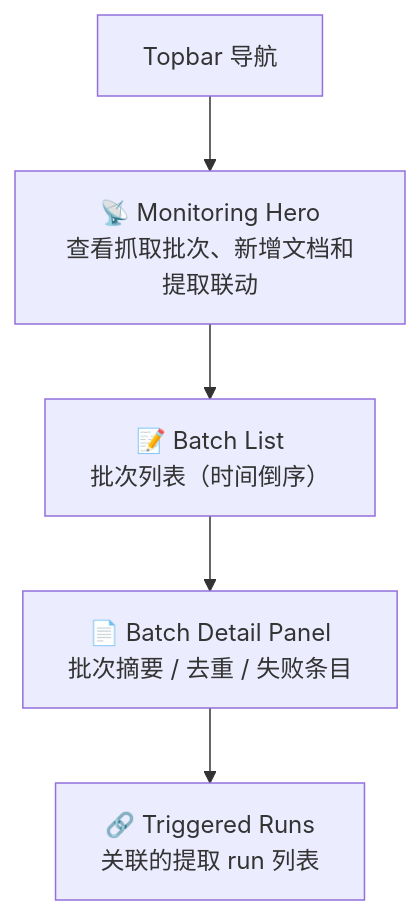
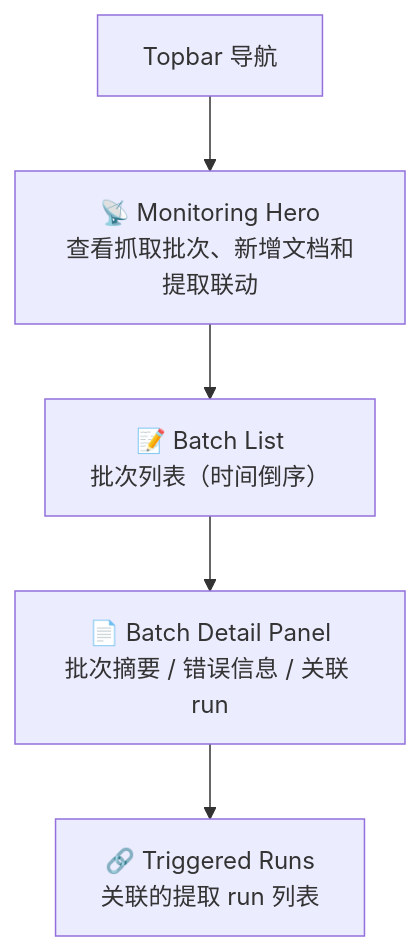
One commit to coeoo/AetherFlow changed the first of 2 diagrams in docs/13-界面设计/P203-安全公告监控批次与结果页面设计.md. Above: the diagram before and after it, drawn with Mermaid. The commit also changed other lines of this file and 81 other files, not shown here.

````diff
--- a/docs/13-界面设计/P203-安全公告监控批次与结果页面设计.md
+++ b/docs/13-界面设计/P203-安全公告监控批次与结果页面设计.md
@@ -38,7 +38,7 @@
 ```mermaid
 flowchart TD
     A["Topbar 导航"] --> B["📡 Monitoring Hero\n查看抓取批次、新增文档和提取联动"]
     B --> C["📝 Batch List\n批次列表（时间倒序）"]
-    C --> D["📄 Batch Detail Panel\n批次摘要 / 去重 / 失败条目"]
+    C --> D["📄 Batch Detail Panel\n批次摘要 / 错误信息 / 关联 run"]
     D --> E["🔗 Triggered Runs\n关联的提取 run 列表"]
 ```
````
